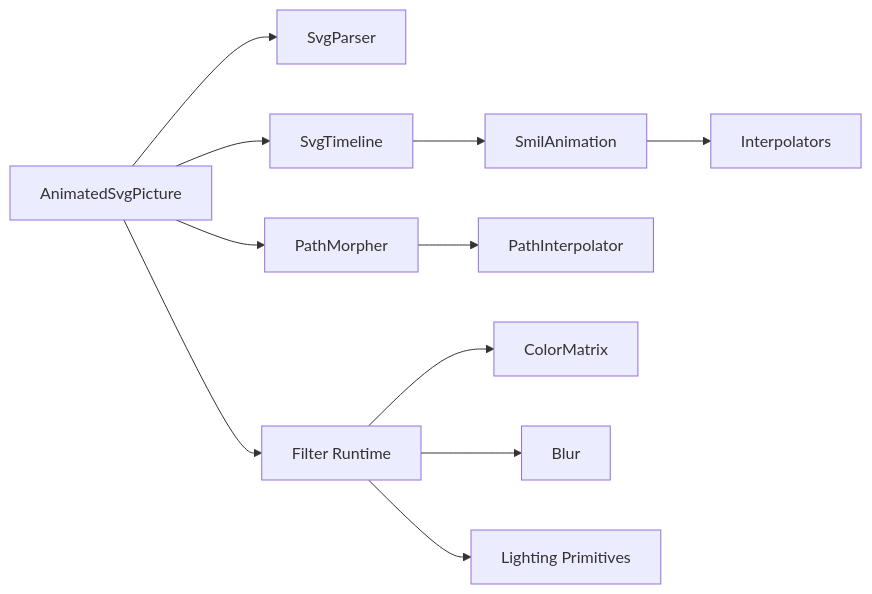
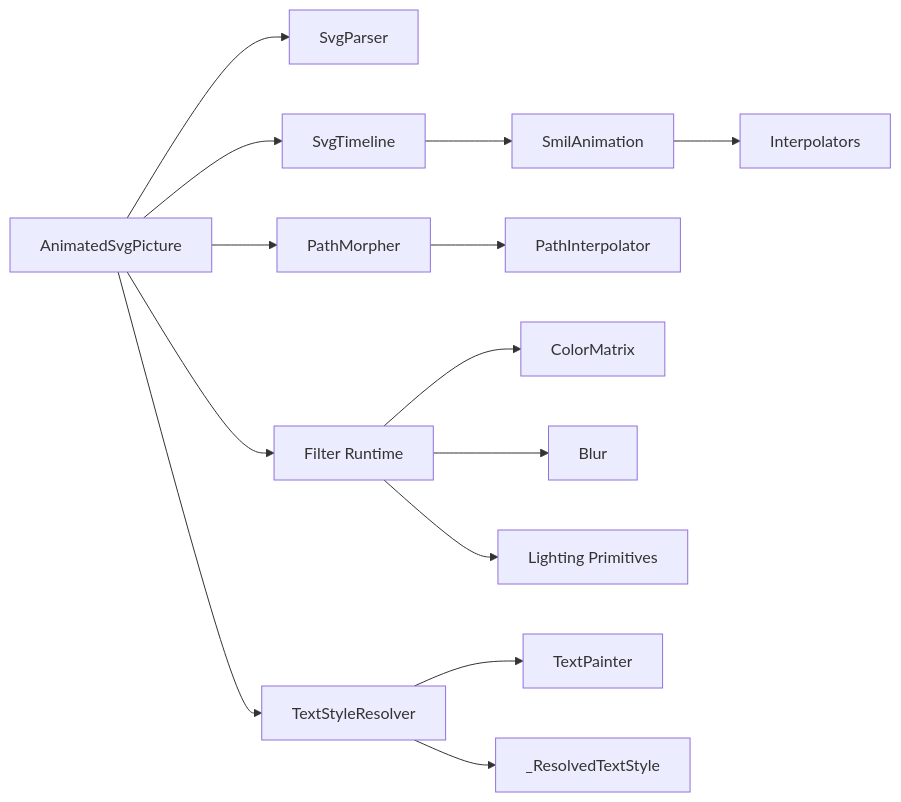
The tenth of 10 diagrams in .qoder/repowiki/en/content/Animated SVG Support/Advanced Animation Features/Advanced Animation Features.md (denisnadey/flutter_full_svg_support), drawn with Mermaid before and after one commit. The commit also changed other lines of this file and 86 other files, not shown here.

````diff
--- a/.qoder/repowiki/en/content/Animated SVG Support/Advanced Animation Features/Advanced Animation Features.md
+++ b/.qoder/repowiki/en/content/Animated SVG Support/Advanced Animation Features/Advanced Animation Features.md
@@ -375,13 +549,16 @@
 ```mermaid
 graph LR
 Picture["AnimatedSvgPicture"] --> Parser["SvgParser"]
 Picture --> Timeline["SvgTimeline"]
 Timeline --> Anim["SmilAnimation"]
 Anim --> Interp["Interpolators"]
 Picture --> Morph["PathMorpher"]
 Morph --> InterpPath["PathInterpolator"]
 Picture --> Filters["Filter Runtime"]
 Filters --> CM["ColorMatrix"]
 Filters --> Blur["Blur"]
 Filters --> Light["Lighting Primitives"]
+Picture --> TextStyle["TextStyleResolver"]
+TextStyle --> TextPaint["TextPainter"]
+TextStyle --> ResolvedStyle["_ResolvedTextStyle"]
 ```
````
